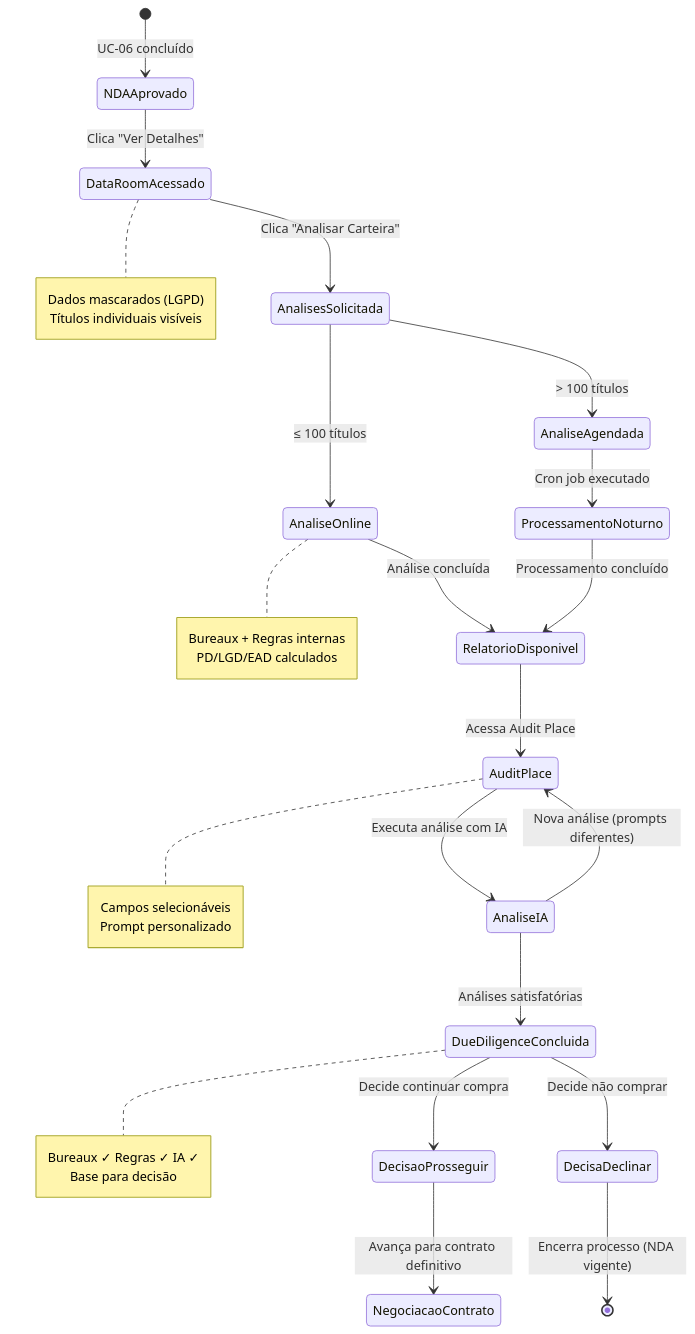
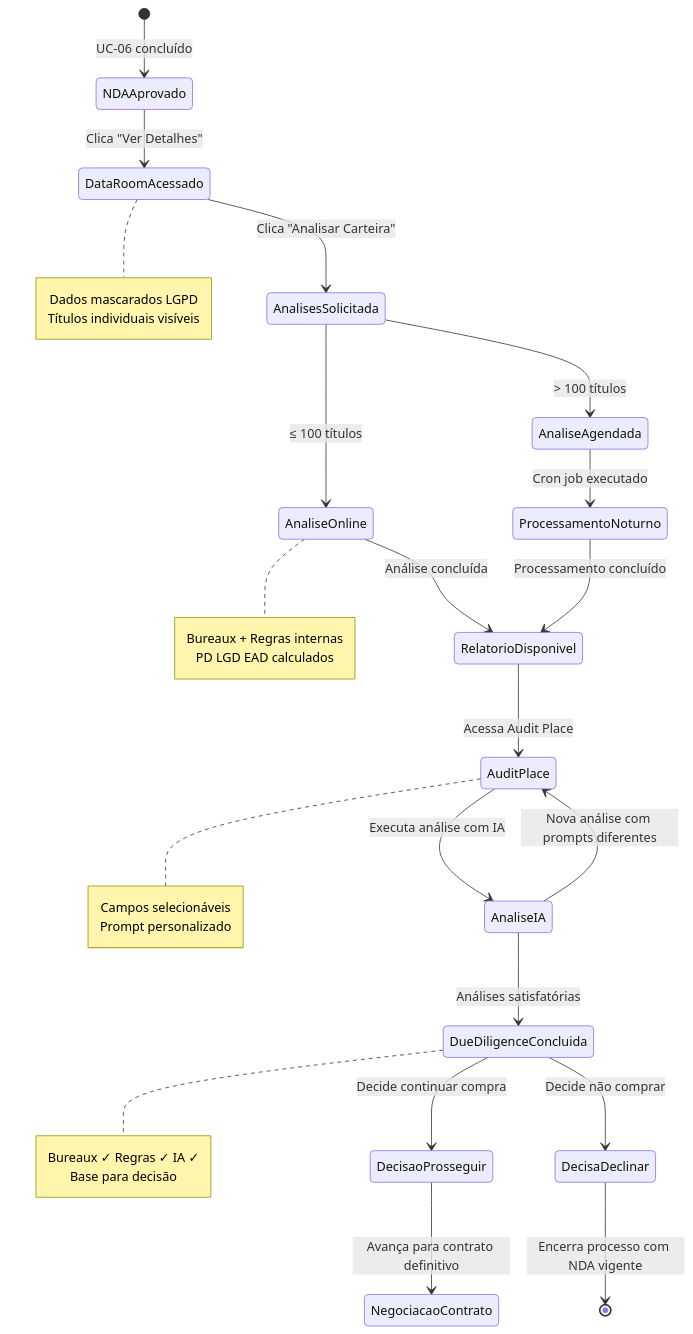
One commit to ledumelo/creditflow changed the third of 4 diagrams in UC-07-Due-Diligence-da-Carteira.md. Above: the diagram before and after it, drawn with Mermaid. The commit also changed other lines of this file, not shown here.

````diff
--- a/UC-07-Due-Diligence-da-Carteira.md
+++ b/UC-07-Due-Diligence-da-Carteira.md
@@ -745,29 +745,29 @@
 ```mermaid
 stateDiagram-v2
     [*] --> NDAAprovado : UC-06 concluído
     NDAAprovado --> DataRoomAcessado : Clica "Ver Detalhes"
     DataRoomAcessado --> AnalisesSolicitada : Clica "Analisar Carteira"
     
     AnalisesSolicitada --> AnaliseOnline : ≤ 100 títulos
     AnalisesSolicitada --> AnaliseAgendada : > 100 títulos
     
     AnaliseOnline --> RelatorioDisponivel : Análise concluída
     AnaliseAgendada --> ProcessamentoNoturno : Cron job executado
     ProcessamentoNoturno --> RelatorioDisponivel : Processamento concluído
     
     RelatorioDisponivel --> AuditPlace : Acessa Audit Place
     AuditPlace --> AnaliseIA : Executa análise com IA
-    AnaliseIA --> AuditPlace : Nova análise (prompts diferentes)
+    AnaliseIA --> AuditPlace : Nova análise com prompts diferentes
     
     AnaliseIA --> DueDiligenceConcluida : Análises satisfatórias
     DueDiligenceConcluida --> DecisaoProsseguir : Decide continuar compra
     DueDiligenceConcluida --> DecisaDeclinar : Decide não comprar
     
     DecisaoProsseguir --> NegociacaoContrato : Avança para contrato definitivo
-    DecisaDeclinar --> [*] : Encerra processo (NDA vigente)
+    DecisaDeclinar --> [*] : Encerra processo com NDA vigente
     
-    note right of DataRoomAcessado : Dados mascarados (LGPD)<br/>Títulos individuais visíveis
-    note right of AnaliseOnline : Bureaux + Regras internas<br/>PD/LGD/EAD calculados
+    note right of DataRoomAcessado : Dados mascarados LGPD<br/>Títulos individuais visíveis
+    note right of AnaliseOnline : Bureaux + Regras internas<br/>PD LGD EAD calculados
     note right of AuditPlace : Campos selecionáveis<br/>Prompt personalizado
     note right of DueDiligenceConcluida : Bureaux ✓ Regras ✓ IA ✓<br/>Base para decisão
 ```
````
